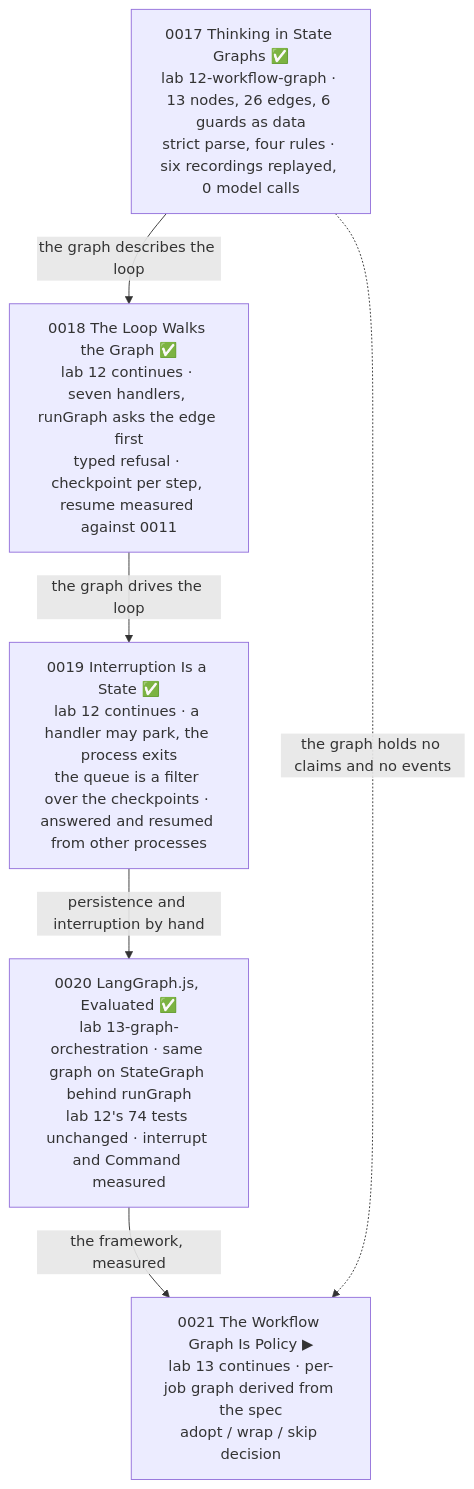
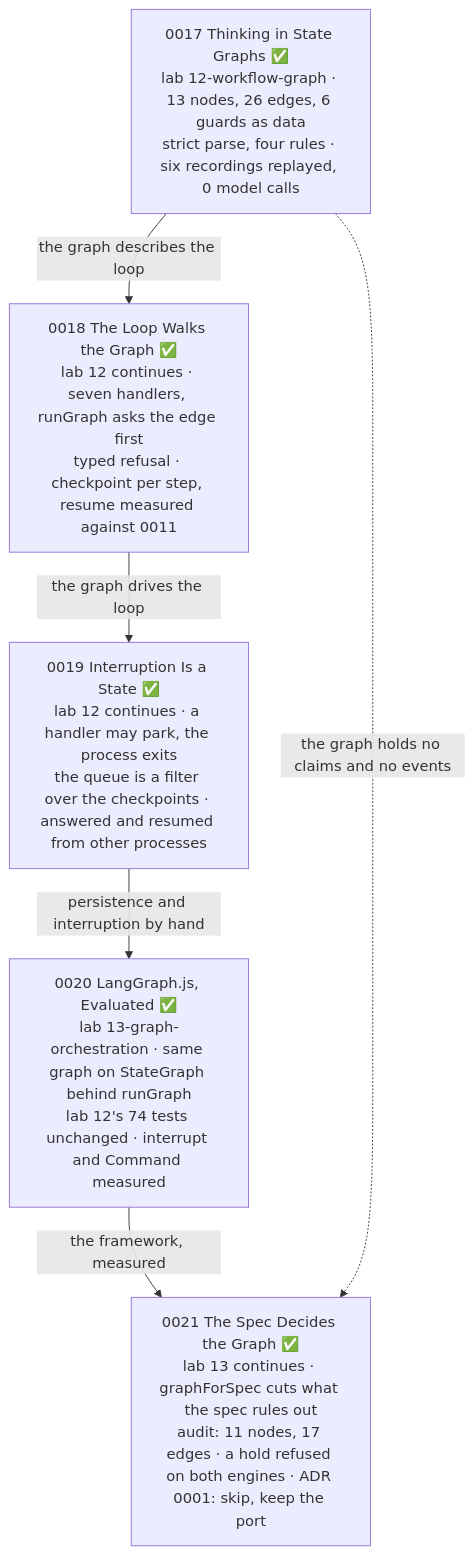
The fifth of 6 diagrams in wiki/course/course-module-graph.md (JozsefKiss90/TS), drawn with Mermaid before and after one commit. The commit also changed other lines of this file and 13 other files, not shown here.

First line of the commit message:
Ship lesson 0021 - The Spec Decides the Graph; ADR 0001; Phase 3 complete

````diff
--- a/wiki/course/course-module-graph.md
+++ b/wiki/course/course-module-graph.md
@@ -95,13 +95,13 @@
 ```mermaid
 flowchart TD
     Q17["0017 Thinking in State Graphs ✅<br/>lab 12-workflow-graph · 13 nodes, 26 edges, 6 guards as data<br/>strict parse, four rules · six recordings replayed, 0 model calls"]
     Q18["0018 The Loop Walks the Graph ✅<br/>lab 12 continues · seven handlers, runGraph asks the edge first<br/>typed refusal · checkpoint per step, resume measured against 0011"]
     Q19["0019 Interruption Is a State ✅<br/>lab 12 continues · a handler may park, the process exits<br/>the queue is a filter over the checkpoints · answered and resumed from other processes"]
     Q20["0020 LangGraph.js, Evaluated ✅<br/>lab 13-graph-orchestration · same graph on StateGraph behind runGraph<br/>lab 12's 74 tests unchanged · interrupt and Command measured"]
-    Q21["0021 The Workflow Graph Is Policy ▶<br/>lab 13 continues · per-job graph derived from the spec<br/>adopt / wrap / skip decision"]
+    Q21["0021 The Spec Decides the Graph ✅<br/>lab 13 continues · graphForSpec cuts what the spec rules out<br/>audit: 11 nodes, 17 edges · a hold refused on both engines · ADR 0001: skip, keep the port"]
     Q17 -->|"the graph describes the loop"| Q18
     Q18 -->|"the graph drives the loop"| Q19
     Q19 -->|"persistence and interruption by hand"| Q20
     Q20 -->|"the framework, measured"| Q21
     Q17 -.->|"the graph holds no claims and no events"| Q21
 ```
````
